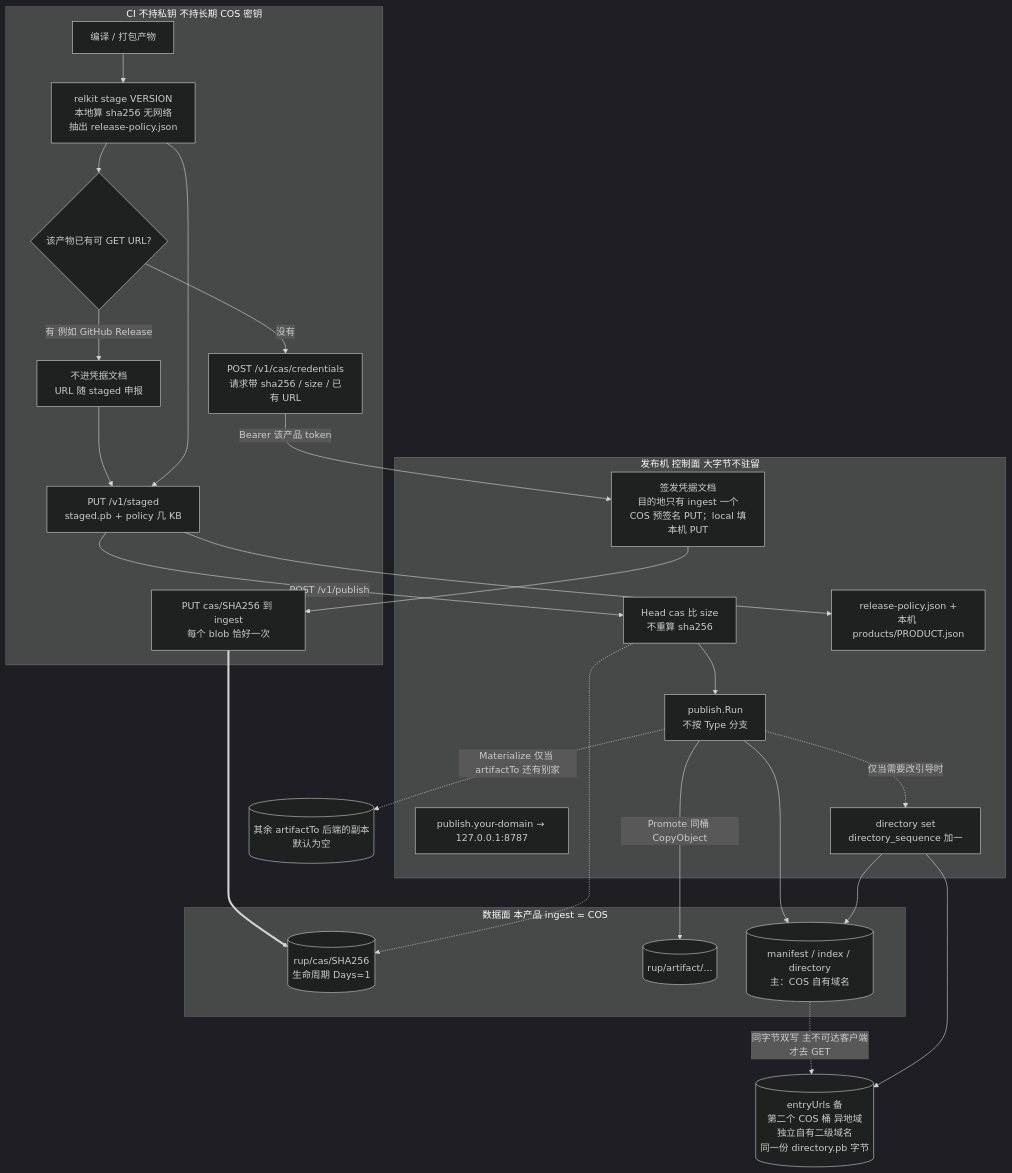
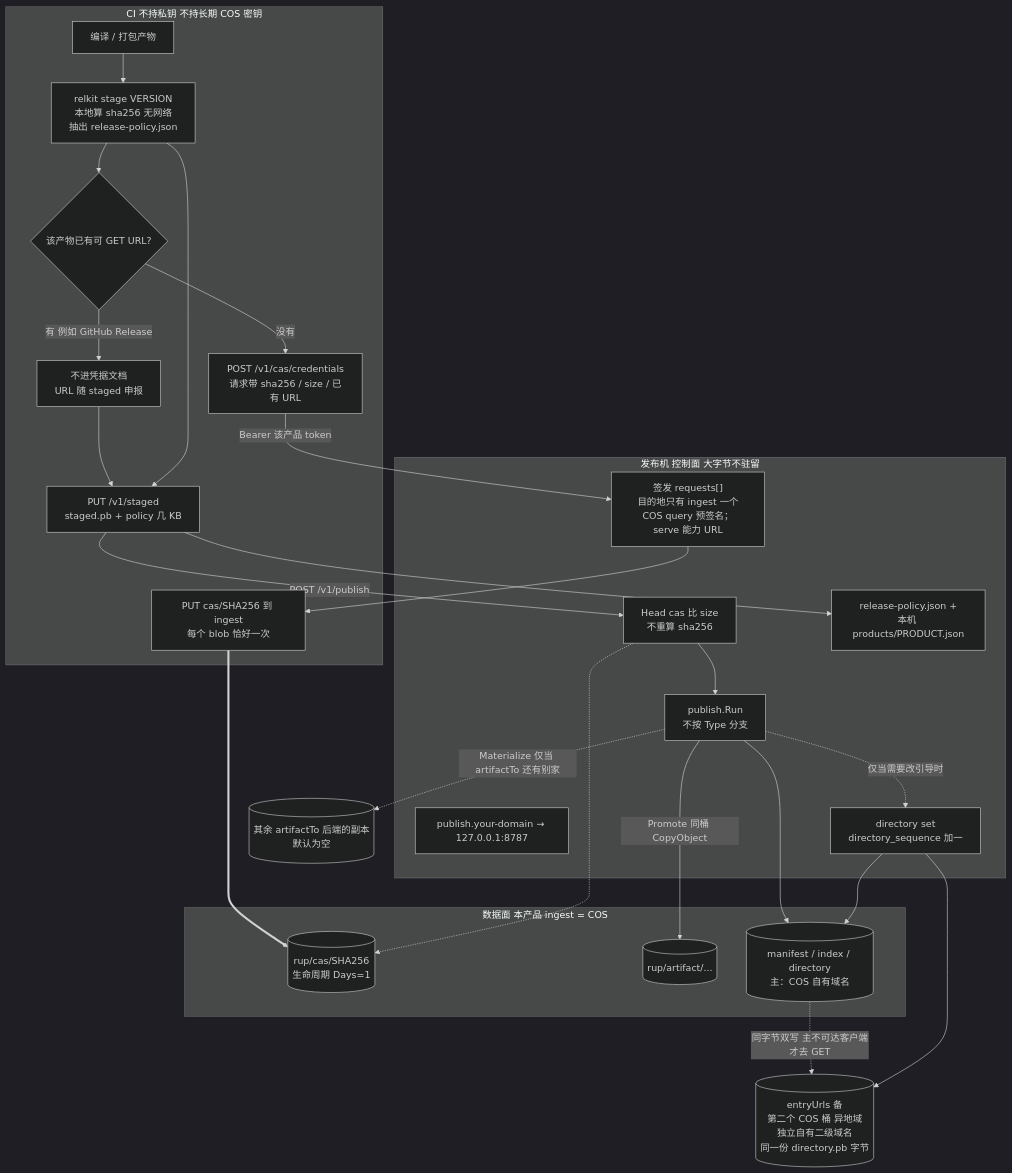
Before and after one commit to shichao402/relkit: the first of 2 diagrams in docs/design/update-ingress-cos.md, drawn with Mermaid (dark theme). The commit also changed other lines of this file and 64 other files, not shown here.

````diff
--- a/docs/design/update-ingress-cos.md
+++ b/docs/design/update-ingress-cos.md
@@ -82,49 +82,49 @@
 ```mermaid
 flowchart TB
   subgraph ciSide [CI 不持私钥 不持长期 COS 密钥]
     build["编译 / 打包产物"]
     stageStep["relkit stage VERSION<br/>本地算 sha256 无网络<br/>抽出 release-policy.json"]
     hasUrl{"该产物已有可 GET URL?"}
     declare["不进凭据文档<br/>URL 随 staged 申报"]
     askTok["POST /v1/cas/credentials<br/>请求带 sha256 / size / 已有 URL"]
     putCas["PUT cas/SHA256 到 ingest<br/>每个 blob 恰好一次"]
     putMeta["PUT /v1/staged<br/>staged.pb + policy 几 KB"]
   end
 
   subgraph agentSide [发布机 控制面 大字节不驻留]
     ingress["publish.your-domain → 127.0.0.1:8787"]
-    tokSvc["签发凭据文档<br/>目的地只有 ingest 一个<br/>COS 预签名 PUT；local 填本机 PUT"]
+    tokSvc["签发 requests[]<br/>目的地只有 ingest 一个<br/>COS query 预签名；serve 能力 URL"]
     headCas["Head cas 比 size<br/>不重算 sha256"]
     mergeStep["release-policy.json +<br/>本机 products/PRODUCT.json"]
     publishStep["publish.Run<br/>不按 Type 分支"]
     directoryStep["directory set<br/>directory_sequence 加一"]
   end
 
   subgraph dataPlane [数据面 本产品 ingest = COS]
     casObj[("rup/cas/SHA256<br/>生命周期 Days=1")]
     artObj[("rup/artifact/...")]
     docs[("manifest / index / directory<br/>主：COS 自有域名")]
   end
 
   artOther[("其余 artifactTo 后端的副本<br/>默认为空")]
   mirrorDir[("entryUrls 备<br/>第二个 COS 桶 异地域<br/>独立自有二级域名<br/>同一份 directory.pb 字节")]
 
   build --> stageStep --> hasUrl
   hasUrl -->|"没有"| askTok
   hasUrl -->|"有 例如 GitHub Release"| declare
   askTok -->|"Bearer 该产品 token"| tokSvc
   tokSvc --> putCas
   putCas ==> casObj
   declare --> putMeta
   stageStep --> putMeta --> mergeStep
   putMeta -->|"POST /v1/publish"| headCas
   headCas -.-> casObj
   headCas --> publishStep
   publishStep -->|"Promote 同桶 CopyObject"| artObj
   publishStep -.->|"Materialize 仅当 artifactTo 还有别家"| artOther
   publishStep --> docs
   publishStep -.->|"仅当需要改引导时"| directoryStep
   directoryStep --> docs
   docs -.->|"同字节双写 主不可达客户端才去 GET"| mirrorDir
   directoryStep --> mirrorDir
 ```
````
